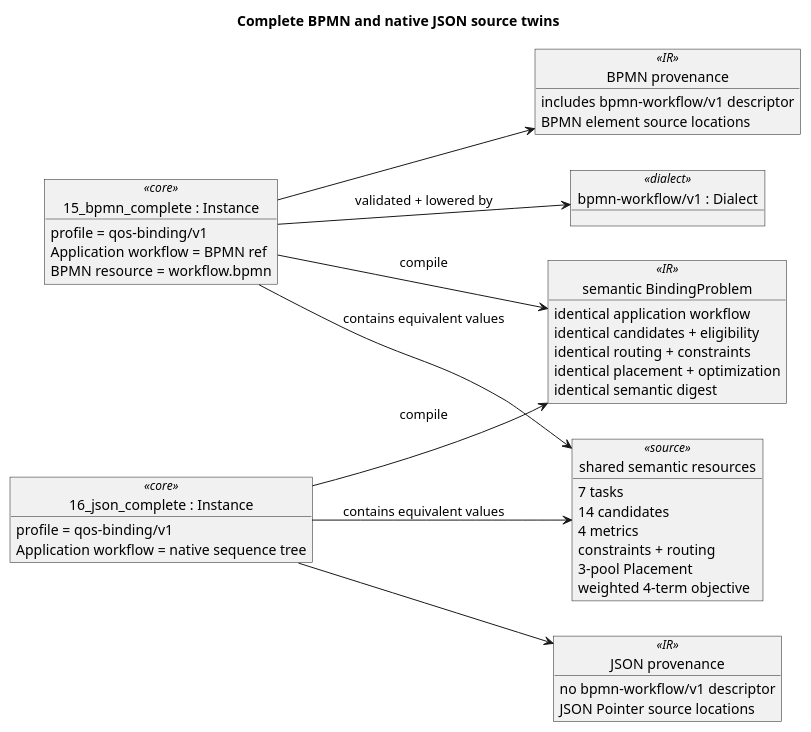
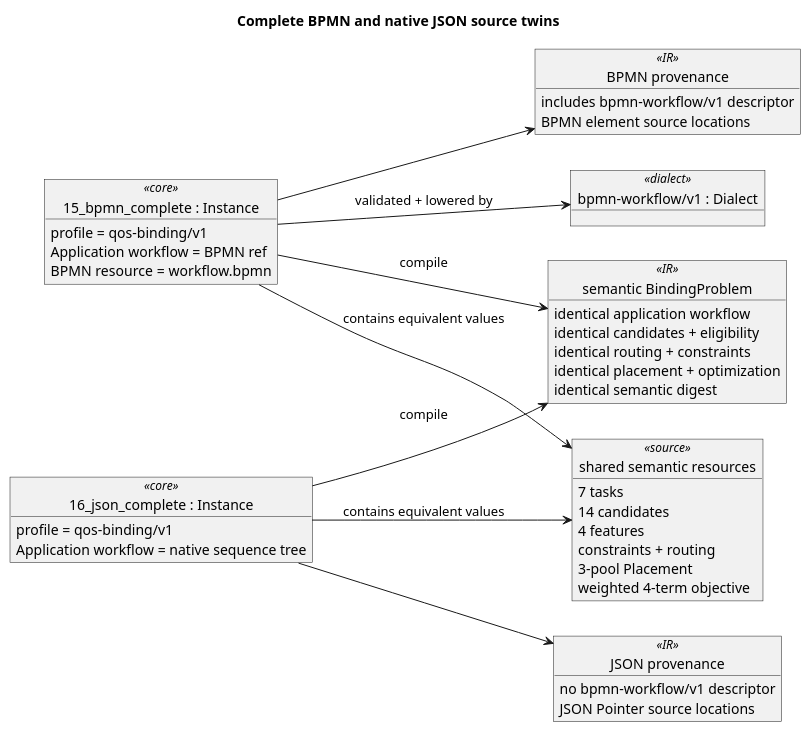
One commit to isa-group/OpenBinding changed the diagram in docs/models/plantuml/05-bpmn-json-twins.puml. Above: the diagram before and after it, drawn with PlantUML. The commit also changed 398 other files, not shown here.

First line of the commit message:
refactor(bim): migrate metrics to features across schemas, compiler, engines, and corpus

```diff
--- a/docs/models/plantuml/05-bpmn-json-twins.puml
+++ b/docs/models/plantuml/05-bpmn-json-twins.puml
@@ -1,48 +1,48 @@
 @startuml
 title Complete BPMN and native JSON source twins
 left to right direction
 skinparam monochrome true
 skinparam shadowing false
 
 object "15_bpmn_complete : Instance" as bpmnInstance <<core>> {
   profile = qos-binding/v1
   Application workflow = BPMN ref
   BPMN resource = workflow.bpmn
 }
 object "bpmn-workflow/v1 : Dialect" as bpmnDialect <<dialect>>
 object "16_json_complete : Instance" as jsonInstance <<core>> {
   profile = qos-binding/v1
   Application workflow = native sequence tree
 }
 object "shared semantic resources" as shared <<source>> {
   7 tasks
   14 candidates
-  4 metrics
+  4 features
   constraints + routing
   3-pool Placement
   weighted 4-term objective
 }
 object "semantic BindingProblem" as semantic <<IR>> {
   identical application workflow
   identical candidates + eligibility
   identical routing + constraints
   identical placement + optimization
   identical semantic digest
 }
 object "BPMN provenance" as bpmnProvenance <<IR>> {
   includes bpmn-workflow/v1 descriptor
   BPMN element source locations
 }
 object "JSON provenance" as jsonProvenance <<IR>> {
   no bpmn-workflow/v1 descriptor
   JSON Pointer source locations
 }
 
 bpmnInstance --> bpmnDialect : validated + lowered by
 bpmnInstance --> shared : contains equivalent values
 jsonInstance --> shared : contains equivalent values
 bpmnInstance --> semantic : compile
 jsonInstance --> semantic : compile
 bpmnInstance --> bpmnProvenance
 jsonInstance --> jsonProvenance
 @enduml
```
